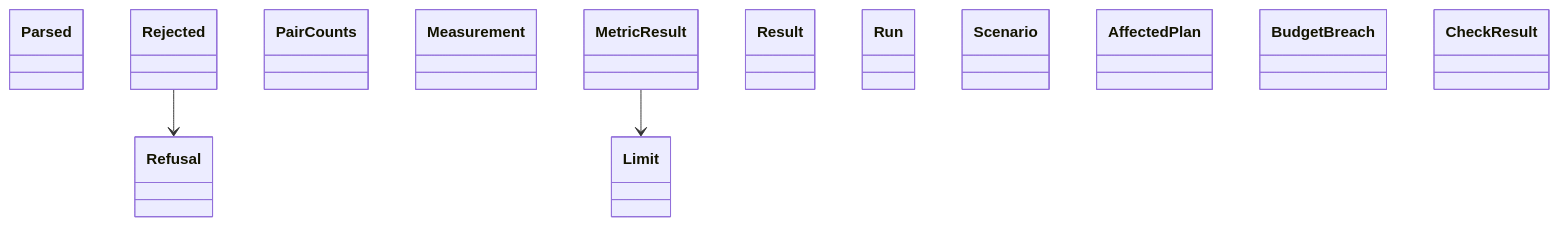
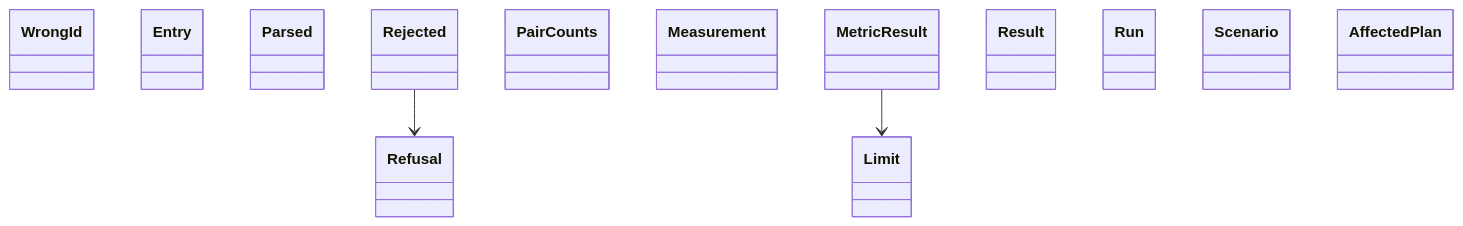
One commit to GonzaloZevallos/agentic-system changed the diagram in docs/architecture/generated/classes-process-domain-checks-2.md. Above: the diagram before and after it, drawn with Mermaid. The commit also changed 9 other files, not shown here.

Commit message:
Regenerate the architecture docs after merging GH-469

````diff
--- a/docs/architecture/generated/classes-process-domain-checks-2.md
+++ b/docs/architecture/generated/classes-process-domain-checks-2.md
@@ -21,18 +21,18 @@
 ```mermaid
 classDiagram
+    class ci_workflow__WrongId["WrongId"]
+    class coverage__Entry["Entry"]
     class coverage__Parsed["Parsed"]
     class coverage__Refusal["Refusal"]
     class coverage__Rejected["Rejected"]
     class merge_ci__PairCounts["PairCounts"]
     class performance__Limit["Limit"]
     class performance__Measurement["Measurement"]
     class performance__MetricResult["MetricResult"]
     class performance__Result["Result"]
     class performance__Run["Run"]
     class performance__Scenario["Scenario"]
     class presubmit__AffectedPlan["AffectedPlan"]
-    class presubmit__BudgetBreach["BudgetBreach"]
-    class presubmit__CheckResult["CheckResult"]
     coverage__Rejected --> coverage__Refusal
     performance__MetricResult --> performance__Limit
 ```
````
